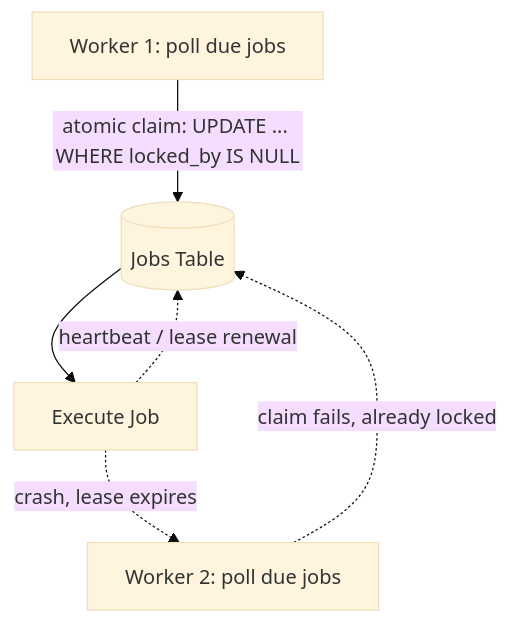
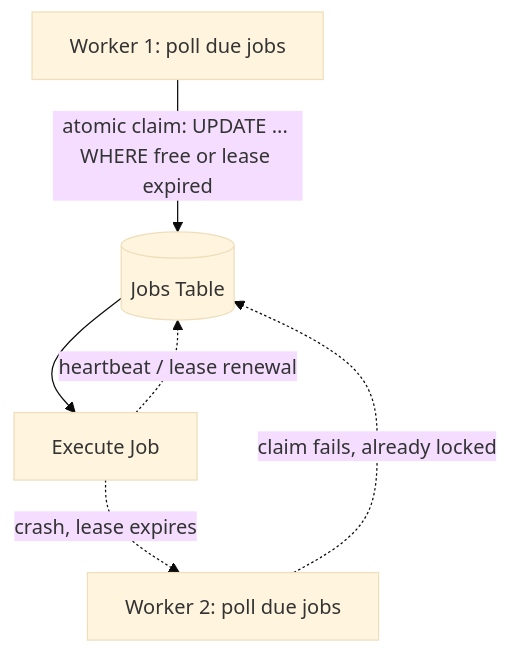
One commit to josuebrunel/josuebrunel.github.io changed the sixth of 10 diagrams in content/interview/interview-prep-system-design-case-studies.md. Above: the diagram before and after it, drawn with Mermaid (base theme). The commit also changed other lines of this file and 2 other files, not shown here.

````diff
--- a/content/interview/interview-prep-system-design-case-studies.md
+++ b/content/interview/interview-prep-system-design-case-studies.md
@@ -473,8 +547,8 @@
 ```mermaid
 graph TD
-    W1["Worker 1: poll due jobs"] -->|"atomic claim: UPDATE ... WHERE locked_by IS NULL"| Jobs[(Jobs Table)]
+    W1["Worker 1: poll due jobs"] -->|"atomic claim: UPDATE ... WHERE free or lease expired"| Jobs[(Jobs Table)]
     W2["Worker 2: poll due jobs"] -. claim fails, already locked .-> Jobs
     Jobs --> Exec["Execute Job"]
     Exec -. heartbeat / lease renewal .-> Jobs
     Exec -. crash, lease expires .-> W2
 ```
````
